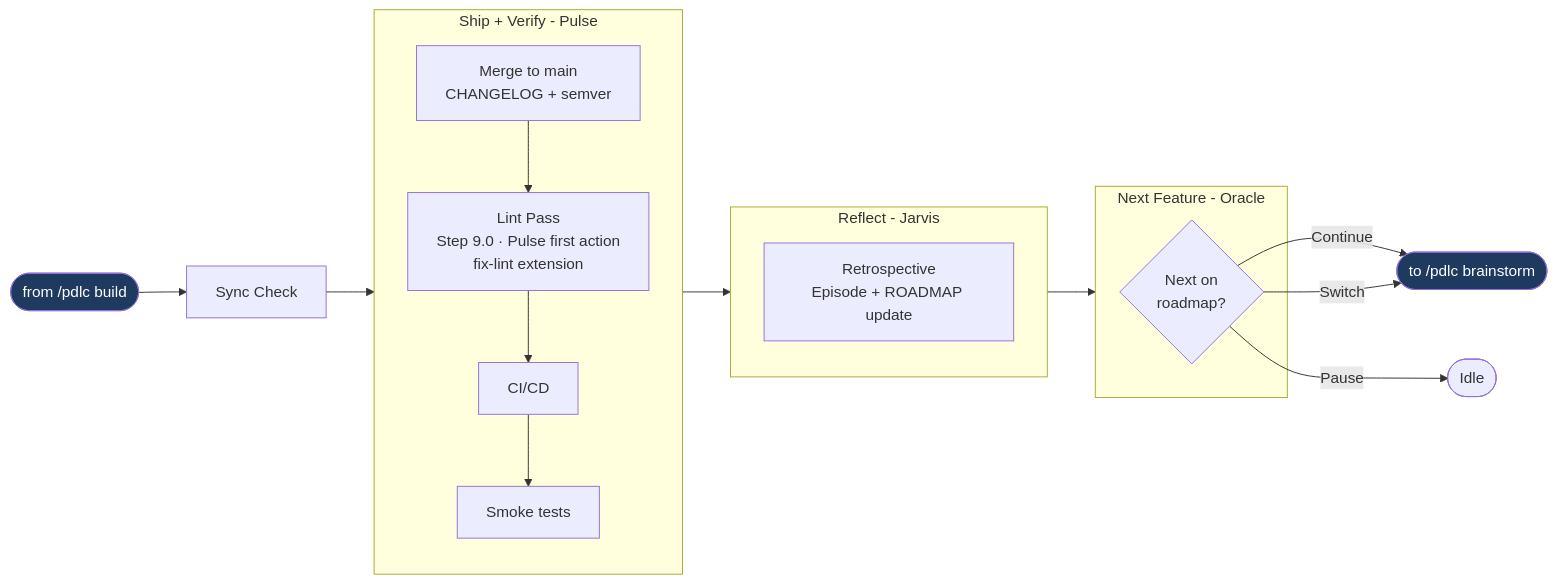
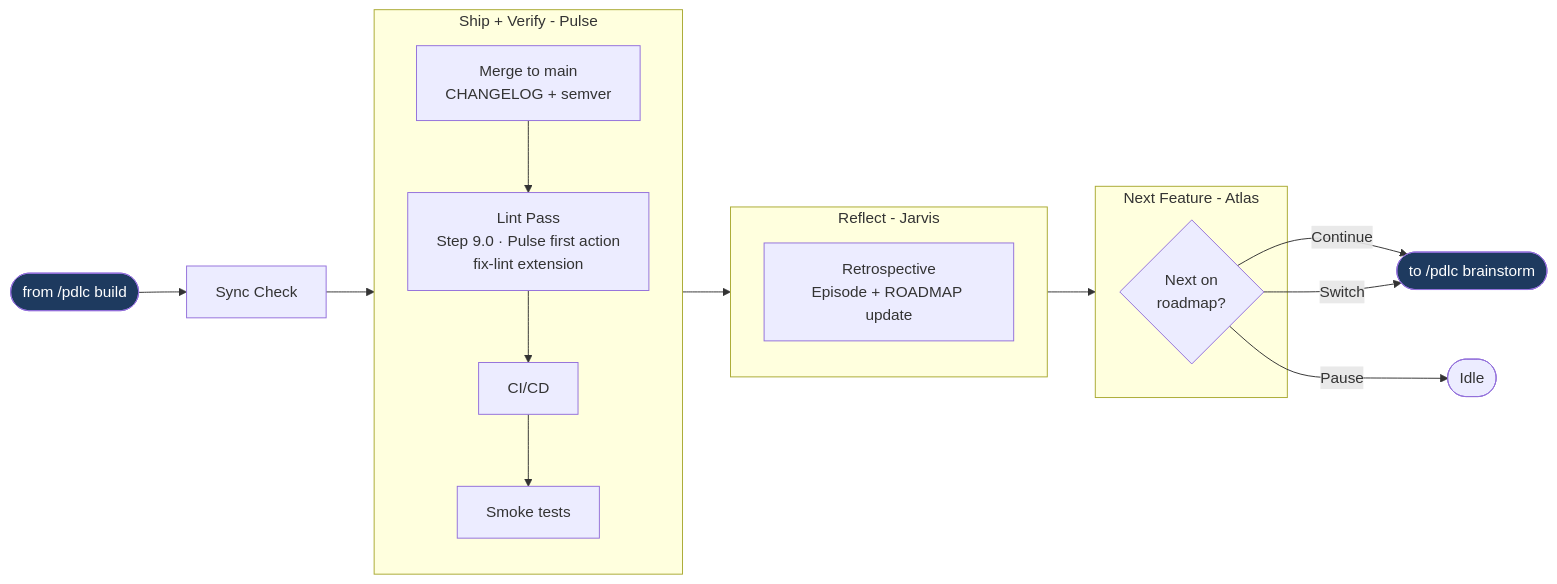
Before and after one commit to pdlc-os/pdlc: the fourth of 4 diagrams in docs/wiki/03-phases-in-detail.md, drawn with Mermaid. The commit also changed other lines of this file and 43 other files, not shown here.

````diff
--- a/docs/wiki/03-phases-in-detail.md
+++ b/docs/wiki/03-phases-in-detail.md
@@ -125,19 +125,19 @@
 ```mermaid
 flowchart LR
     subgraph SHIP["Ship + Verify - Pulse"]
         MERGE[Merge to main\nCHANGELOG + semver] --> LINT["Lint Pass\nStep 9.0 · Pulse first action\nfix-lint extension"] --> CICD[CI/CD] --> SMOKE["Smoke tests"]
     end
     subgraph REFLECT["Reflect - Jarvis"]
         RETRO[Retrospective\nEpisode + ROADMAP update]
     end
-    subgraph NEXT["Next Feature - Oracle"]
+    subgraph NEXT["Next Feature - Atlas"]
         ROADMAP{Next on\nroadmap?}
     end
     FROMBUILD(["from /pdlc build"]) --> SYNC3["Sync Check"] --> SHIP --> REFLECT --> NEXT
     ROADMAP -->|Continue| TOBRAINSTORM(["to /pdlc brainstorm"])
     ROADMAP -->|Pause| IDLE([Idle])
     ROADMAP -->|Switch| TOBRAINSTORM
 
     style FROMBUILD fill:#1e3a5f,color:#fff
     style TOBRAINSTORM fill:#1e3a5f,color:#fff
 ```
````
